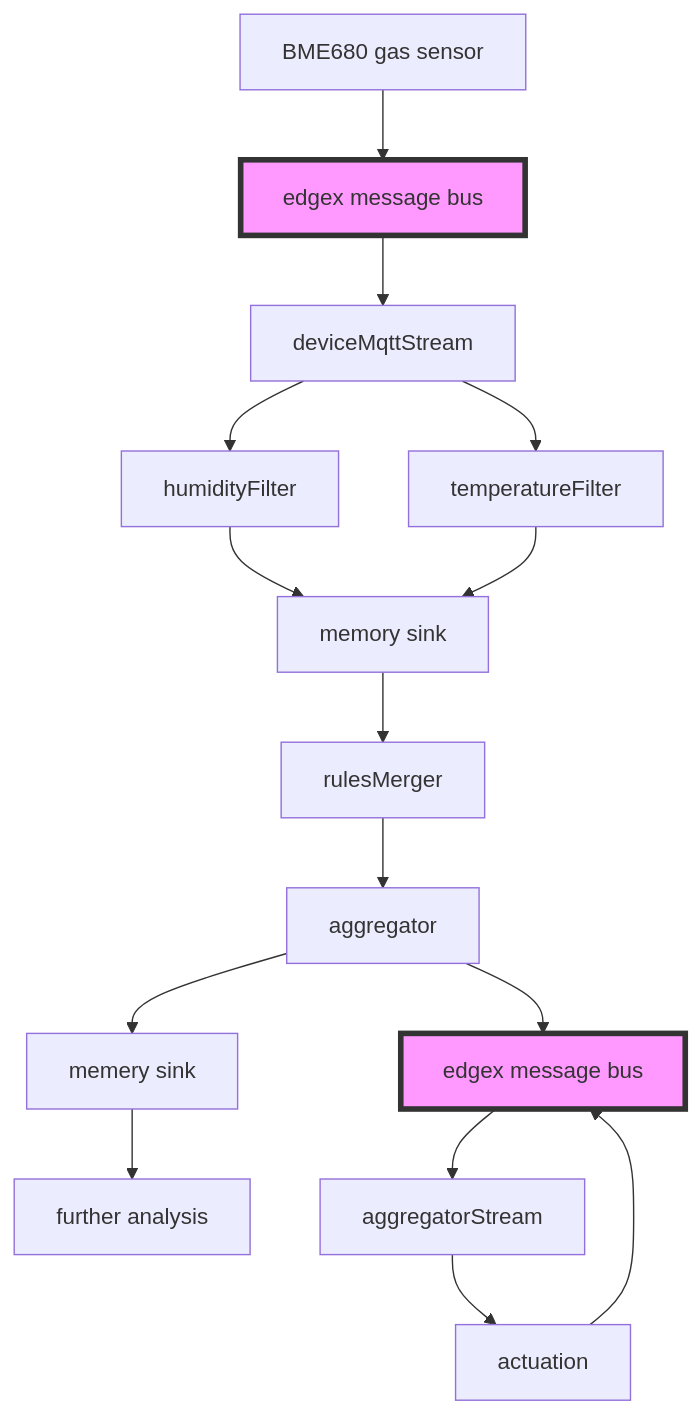
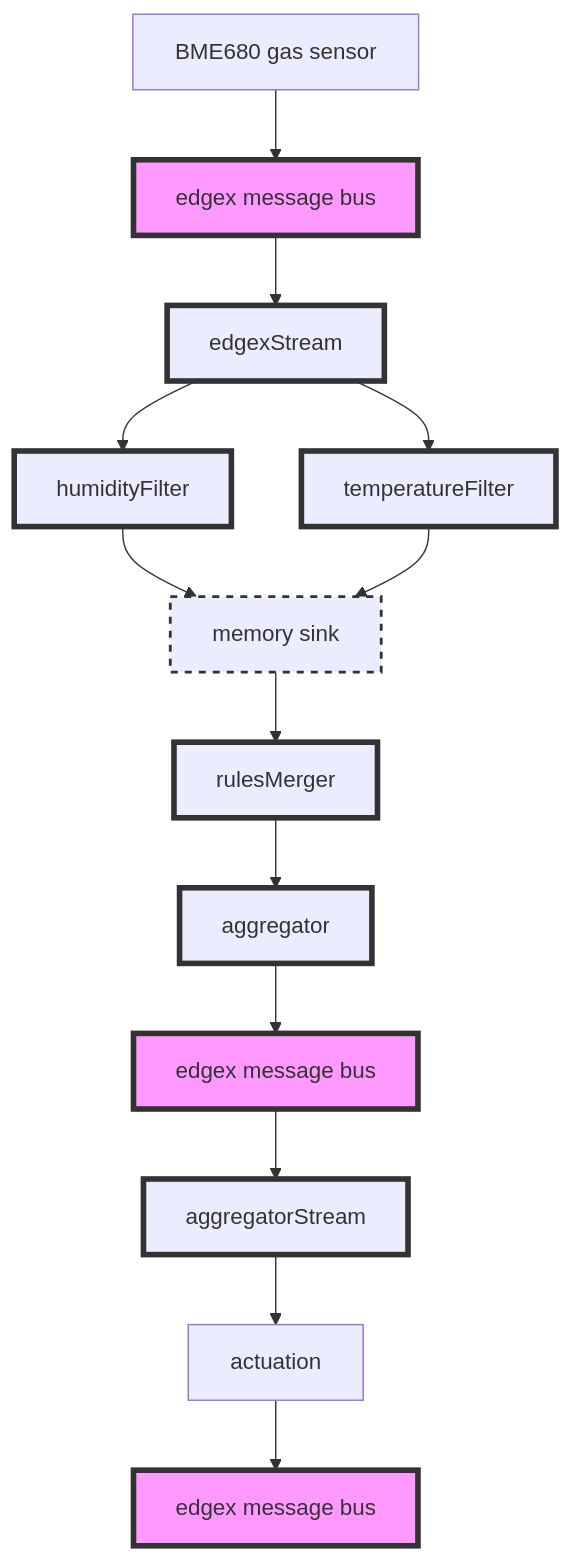
The diagram in temperature-controller/README.md (canonical/edgex-demos), drawn with Mermaid before and after one commit. The commit also changed other lines of this file, not shown here.

Commit message:
Simplify diagram, improve format in ekuiper section

````diff
--- a/temperature-controller/README.md
+++ b/temperature-controller/README.md
@@ -77,20 +77,28 @@
 ```mermaid
 graph TD
-    A[BME680 gas sensor] --> I.1[edgex message bus] --> B[deviceMqttStream]
+    A[BME680 gas sensor] --> I.1[edgex message bus] --> B[edgexStream]
     B --> C[humidityFilter]
     B --> D[temperatureFilter]
     C --> E[memory sink]
     
     D --> E
     E --> F[rulesMerger]
     F --> G[aggregator]
-    G --> H[memery sink]
     
-    H --> J[further analysis]
     G --> I.2[edgex message bus]
     I.2 --> K[aggregatorStream]
     K --> L[actuation] 
-    L --> I.2
+    L --> I.3[edgex message bus]
+    
+style B stroke:#333,stroke-width:4px
+style C stroke:#333,stroke-width:4px
+style D stroke:#333,stroke-width:4px
+style E stroke:#333,stroke-width:2px,stroke-dasharray: 5, 5
+style F stroke:#333,stroke-width:4px
+style G stroke:#333,stroke-width:4px
+style K stroke:#333,stroke-width:4px
+
 style I.1 fill:#f9f,stroke:#333,stroke-width:4px
 style I.2 fill:#f9f,stroke:#333,stroke-width:4px
+style I.3 fill:#f9f,stroke:#333,stroke-width:4px
 ```
````
